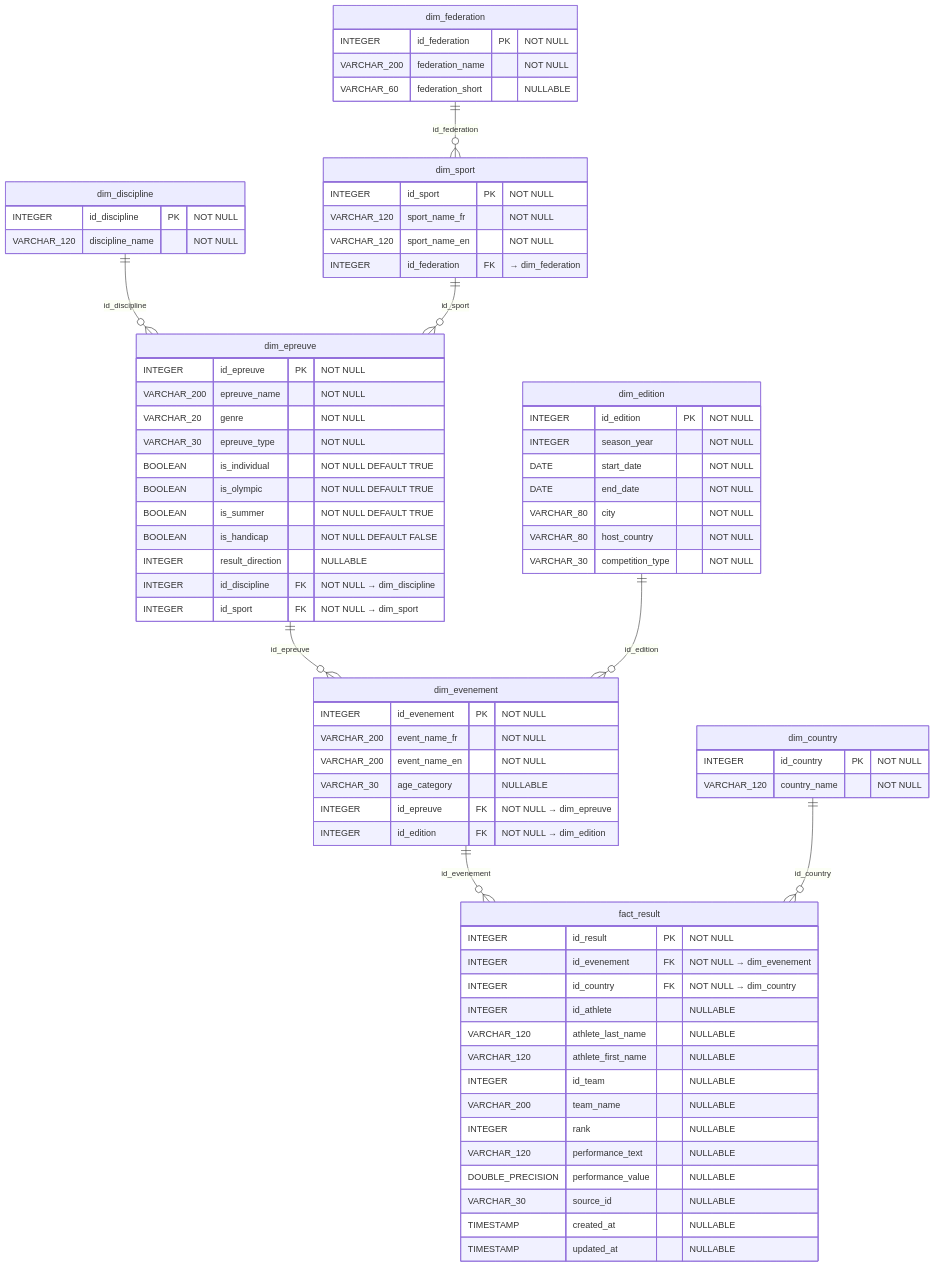
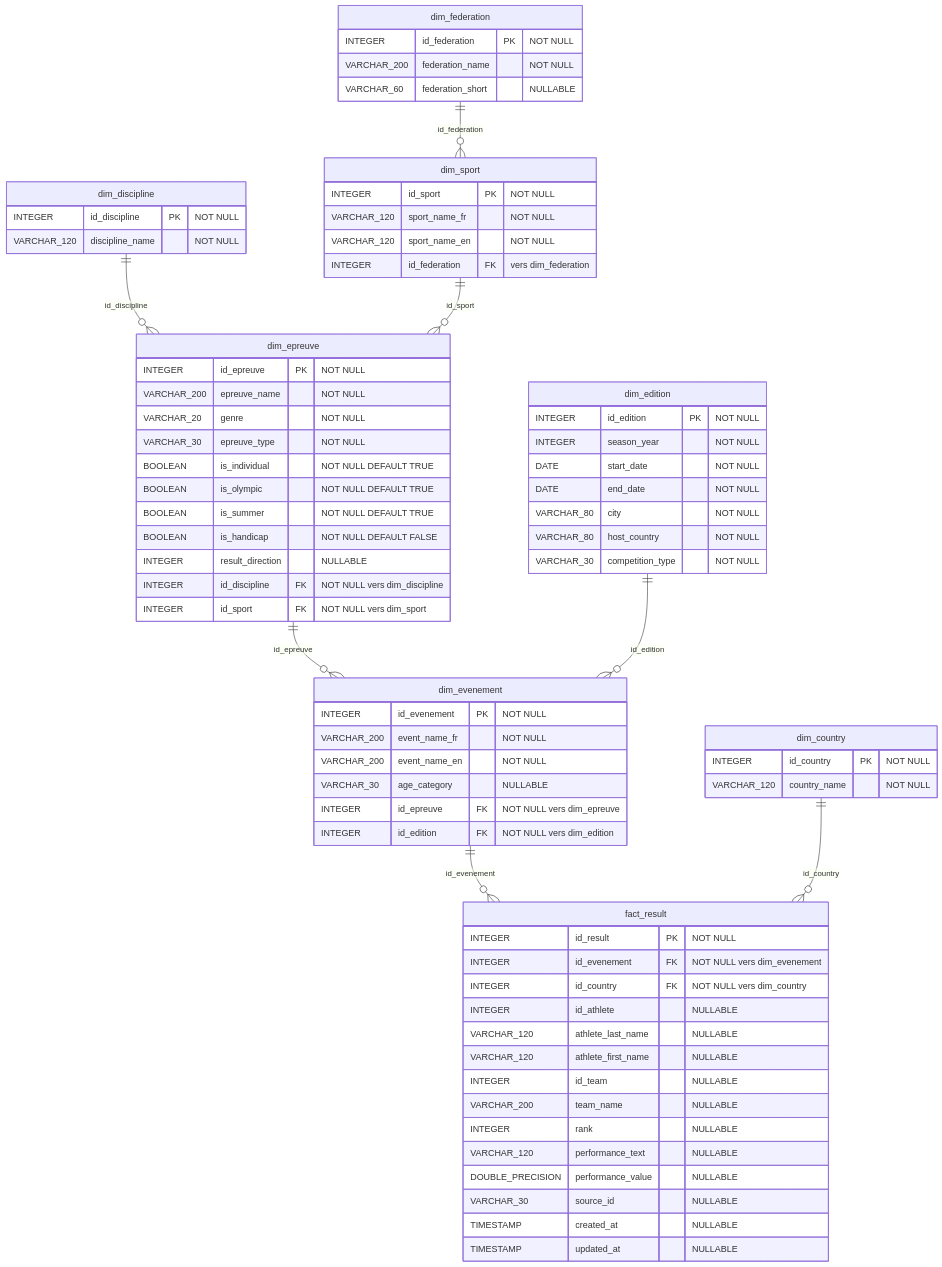
The diagram in docs/merise_mpd.md (Daria-data/stream-score-stack), drawn with Mermaid before and after one commit. The commit also changed other lines of this file and 59 other files, not shown here.

```diff
--- a/docs/merise_mpd.md
+++ b/docs/merise_mpd.md
@@ -51,7 +51,7 @@
         INTEGER id_sport PK "NOT NULL"
         VARCHAR_120 sport_name_fr "NOT NULL"
         VARCHAR_120 sport_name_en "NOT NULL"
-        INTEGER id_federation FK "→ dim_federation"
+        INTEGER id_federation FK "vers dim_federation"
     }
 
     dim_discipline {
@@ -69,8 +69,8 @@
         BOOLEAN is_summer "NOT NULL DEFAULT TRUE"
         BOOLEAN is_handicap "NOT NULL DEFAULT FALSE"
         INTEGER result_direction "NULLABLE"
-        INTEGER id_discipline FK "NOT NULL → dim_discipline"
-        INTEGER id_sport FK "NOT NULL → dim_sport"
+        INTEGER id_discipline FK "NOT NULL vers dim_discipline"
+        INTEGER id_sport FK "NOT NULL vers dim_sport"
     }
 
     dim_edition {
@@ -88,14 +88,14 @@
         VARCHAR_200 event_name_fr "NOT NULL"
         VARCHAR_200 event_name_en "NOT NULL"
         VARCHAR_30 age_category "NULLABLE"
-        INTEGER id_epreuve FK "NOT NULL → dim_epreuve"
-        INTEGER id_edition FK "NOT NULL → dim_edition"
+        INTEGER id_epreuve FK "NOT NULL vers dim_epreuve"
+        INTEGER id_edition FK "NOT NULL vers dim_edition"
     }
 
     fact_result {
         INTEGER id_result PK "NOT NULL"
-        INTEGER id_evenement FK "NOT NULL → dim_evenement"
-        INTEGER id_country FK "NOT NULL → dim_country"
+        INTEGER id_evenement FK "NOT NULL vers dim_evenement"
+        INTEGER id_country FK "NOT NULL vers dim_country"
         INTEGER id_athlete "NULLABLE"
         VARCHAR_120 athlete_last_name "NULLABLE"
         VARCHAR_120 athlete_first_name "NULLABLE"
```
